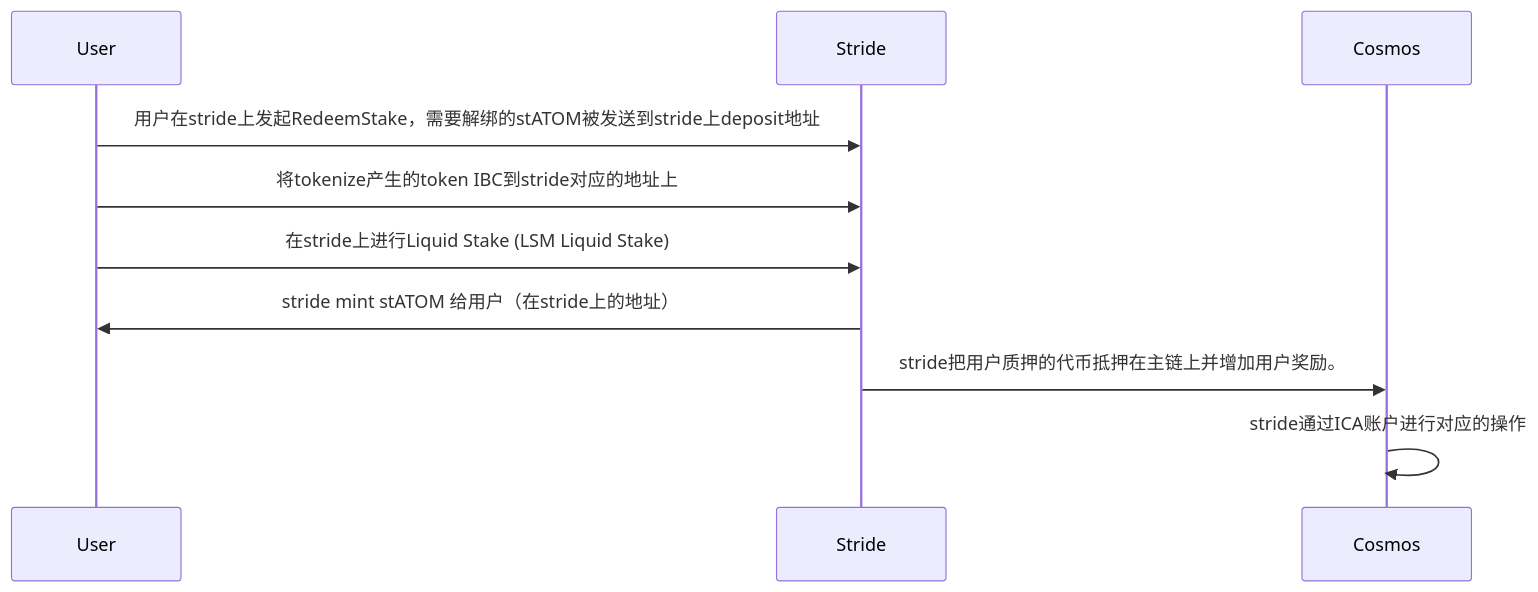
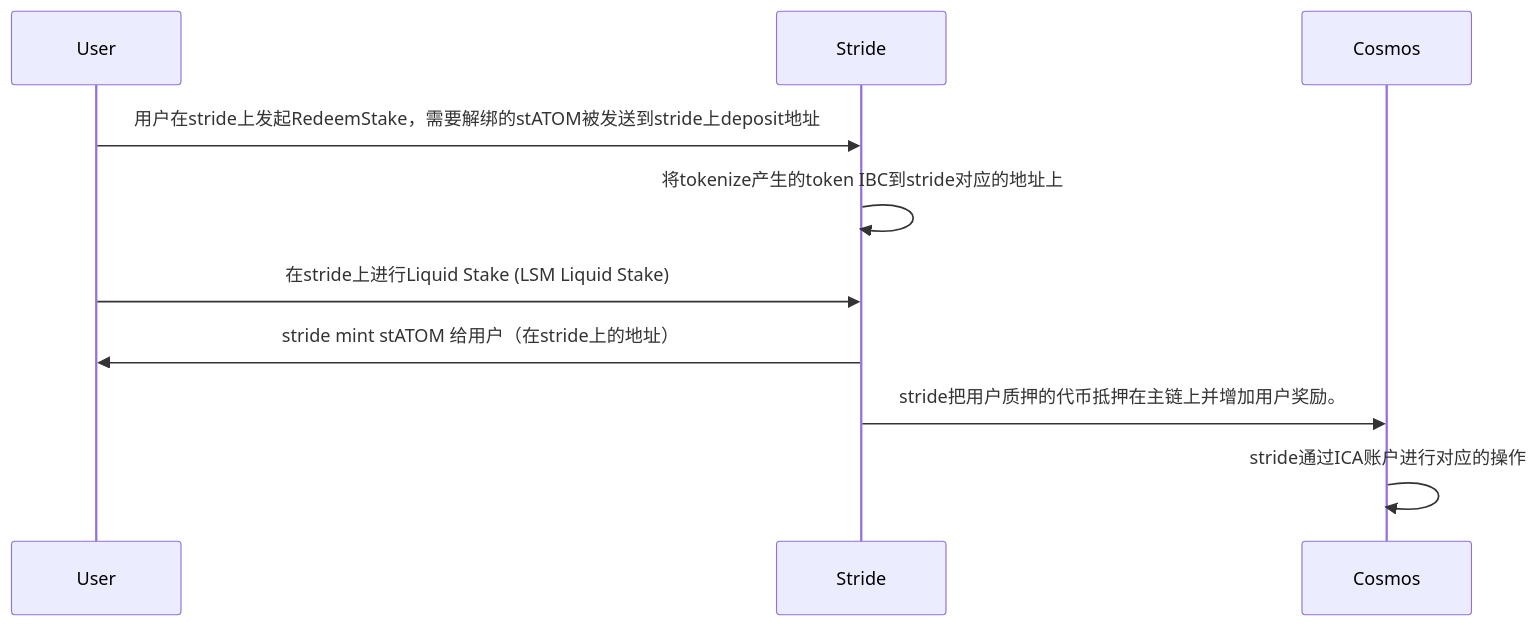
One commit to yingjianzh/iodraw-files changed the diagram in all/unbonding.md. Above: the diagram before and after it, drawn with Mermaid.

Commit message:
2024-03-28 15:02:19 update

````diff
--- a/all/unbonding.md
+++ b/all/unbonding.md
@@ -1,9 +1,9 @@
 ```mermaid
 sequenceDiagram
     User->>Stride: 用户在stride上发起RedeemStake，需要解绑的stATOM被发送到stride上deposit地址
-    User->>Stride: 将tokenize产生的token IBC到stride对应的地址上
+    Stride->>Stride: 将tokenize产生的token IBC到stride对应的地址上
     User->>Stride: 在stride上进行Liquid Stake (LSM Liquid Stake)
     Stride->>User: stride mint stATOM 给用户（在stride上的地址）
     Stride->>Cosmos: stride把用户质押的代币抵押在主链上并增加用户奖励。
     Cosmos->>Cosmos: stride通过ICA账户进行对应的操作
 ```
````
